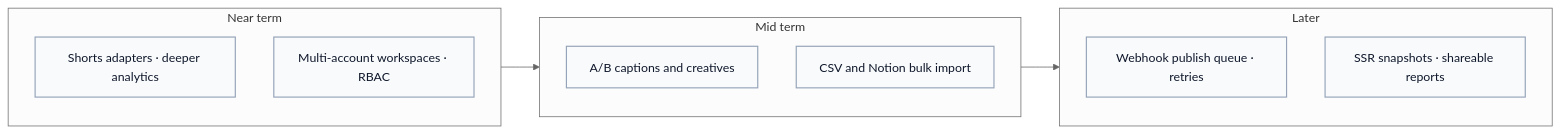
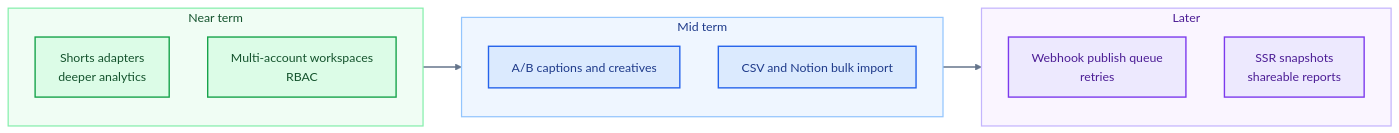
One commit to Aniruddh-fullstac/knowmedfia changed the seventh of 8 diagrams in README.md. Above: the diagram before and after it, drawn with Mermaid. The commit also changed other lines of this file, not shown here.

Commit message:
docs: use custom pipeline diagram in README

````diff
--- a/README.md
+++ b/README.md
@@ -461,19 +561,31 @@
 ```mermaid
 %%{init: { "theme": "neutral" }}%%
 flowchart LR
   subgraph near["Near term"]
-    n1["Shorts adapters · deeper analytics"]
-    n2["Multi-account workspaces · RBAC"]
+    n1["Shorts adapters<br/>deeper analytics"]
+    n2["Multi-account workspaces<br/>RBAC"]
   end
   subgraph mid["Mid term"]
     m1["A/B captions and creatives"]
     m2["CSV and Notion bulk import"]
   end
   subgraph later["Later"]
-    l1["Webhook publish queue · retries"]
-    l2["SSR snapshots · shareable reports"]
+    l1["Webhook publish queue<br/>retries"]
+    l2["SSR snapshots<br/>shareable reports"]
   end
   near --> mid --> later
-  classDef phase fill:#f8fafc,stroke:#94a3b8,stroke-width:1.5px,color:#0f172a
-  class n1,n2,m1,m2,l1,l2 phase
+
+  classDef nearC  fill:#dcfce7,stroke:#16a34a,stroke-width:1.8px,color:#14532d
+  classDef midC   fill:#dbeafe,stroke:#2563eb,stroke-width:1.8px,color:#1e3a8a
+  classDef laterC fill:#ede9fe,stroke:#7c3aed,stroke-width:1.8px,color:#4c1d95
+
+  class n1,n2 nearC
+  class m1,m2 midC
+  class l1,l2 laterC
+
+  style near  fill:#f0fdf4,stroke:#86efac,stroke-width:1.6px,color:#14532d
+  style mid   fill:#eff6ff,stroke:#93c5fd,stroke-width:1.6px,color:#1e3a8a
+  style later fill:#faf5ff,stroke:#c4b5fd,stroke-width:1.6px,color:#4c1d95
+
+  linkStyle default stroke:#64748b,stroke-width:1.8px
 ```
````
